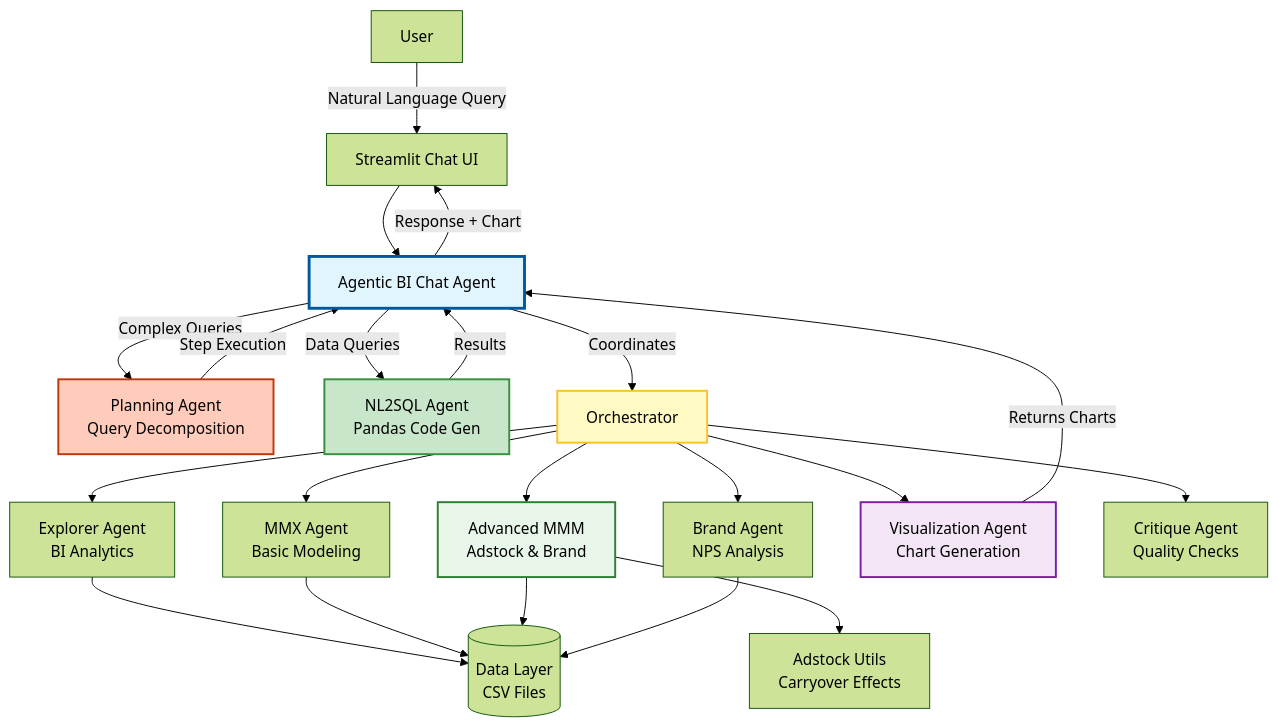
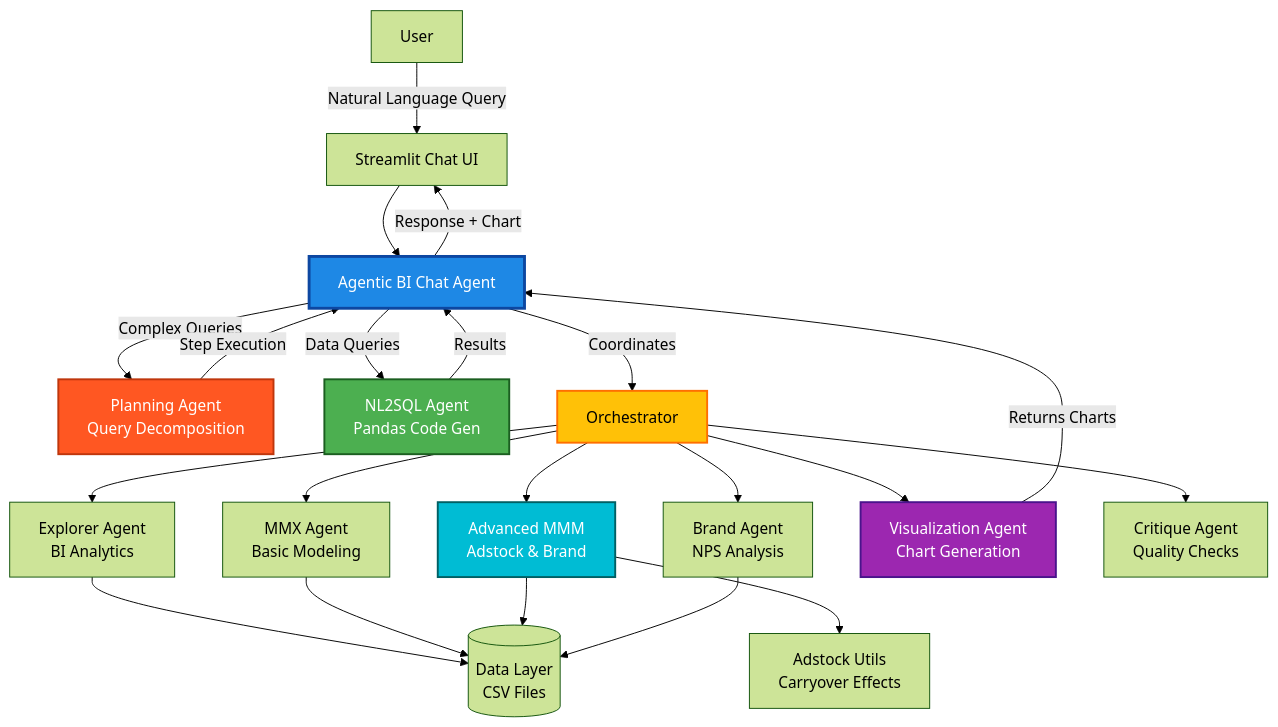
The diagram in README.md (AvirupRoy2195/MMX_Agent), drawn with Mermaid (forest theme) before and after one commit.

Commit message:
Improve diagram colors for dark mode visibility

````diff
--- a/README.md
+++ b/README.md
@@ -40,36 +40,36 @@
 ```mermaid
 graph TB
     User[User] -->|Natural Language Query| UI[Streamlit Chat UI]
     UI --> AgenticChat[Agentic BI Chat Agent]
     
     AgenticChat -->|Complex Queries| Planner[Planning Agent<br/>Query Decomposition]
     AgenticChat -->|Data Queries| NL2SQL[NL2SQL Agent<br/>Pandas Code Gen]
     AgenticChat -->|Coordinates| Orch[Orchestrator]
     
     Planner -->|Step Execution| AgenticChat
     NL2SQL -->|Results| AgenticChat
     
     Orch --> Explorer[Explorer Agent<br/>BI Analytics]
     Orch --> MMX[MMX Agent<br/>Basic Modeling]
     Orch --> AdvMMM[Advanced MMM<br/>Adstock & Brand]
     Orch --> Brand[Brand Agent<br/>NPS Analysis]
     Orch --> Viz[Visualization Agent<br/>Chart Generation]
     Orch --> Critique[Critique Agent<br/>Quality Checks]
     
     Explorer --> Data[(Data Layer<br/>CSV Files)]
     MMX --> Data
     AdvMMM --> Data
     Brand --> Data
     
     AdvMMM --> Adstock[Adstock Utils<br/>Carryover Effects]
     
     Viz -->|Returns Charts| AgenticChat
     AgenticChat -->|Response + Chart| UI
     
-    style AgenticChat fill:#e1f5fe,stroke:#01579b,stroke-width:3px
-    style Planner fill:#ffccbc,stroke:#bf360c,stroke-width:2px
-    style NL2SQL fill:#c8e6c9,stroke:#388e3c,stroke-width:2px
-    style Orch fill:#fff9c4,stroke:#fbc02d,stroke-width:2px
-    style AdvMMM fill:#e8f5e9,stroke:#2e7d32,stroke-width:2px
-    style Viz fill:#f3e5f5,stroke:#7b1fa2,stroke-width:2px
+    style AgenticChat fill:#1e88e5,stroke:#0d47a1,stroke-width:3px,color:#fff
+    style Planner fill:#ff5722,stroke:#bf360c,stroke-width:2px,color:#fff
+    style NL2SQL fill:#4caf50,stroke:#1b5e20,stroke-width:2px,color:#fff
+    style Orch fill:#ffc107,stroke:#ff6f00,stroke-width:2px,color:#000
+    style AdvMMM fill:#00bcd4,stroke:#006064,stroke-width:2px,color:#fff
+    style Viz fill:#9c27b0,stroke:#4a148c,stroke-width:2px,color:#fff
 ```
````
